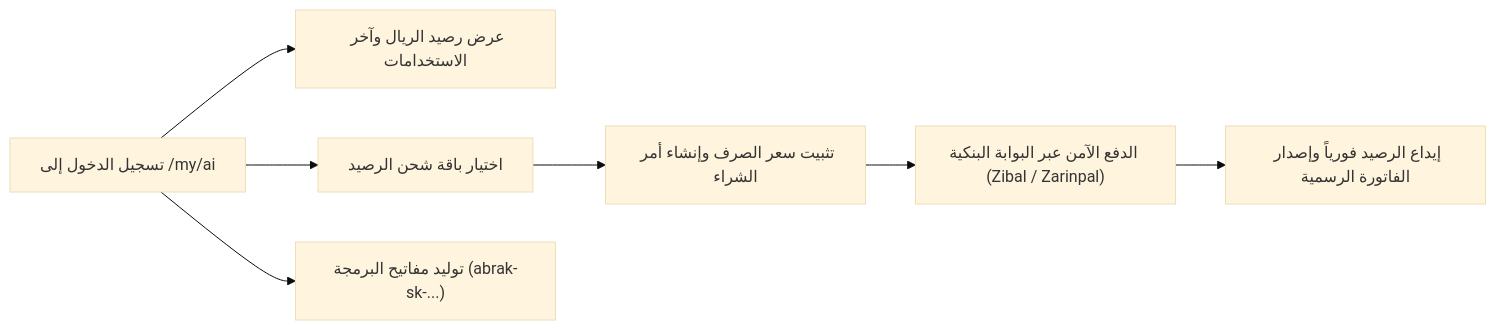
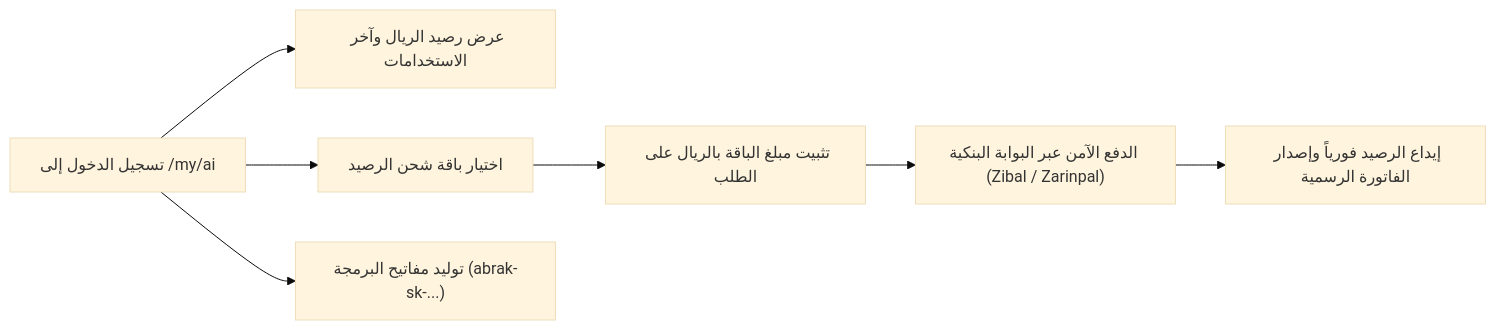
The diagram in ar/ai-wallet.md (abrakorg/abrak-docs), drawn with Mermaid (base theme) before and after one commit. The commit also changed other lines of this file and 8 other files, not shown here.

````diff
--- a/ar/ai-wallet.md
+++ b/ar/ai-wallet.md
@@ -30,9 +30,9 @@
 ```mermaid
 flowchart LR
     A["تسجيل الدخول إلى /my/ai"] --> B["عرض رصيد الريال وآخر الاستخدامات"]
     A --> C["اختيار باقة شحن الرصيد"]
-    C --> D["تثبيت سعر الصرف وإنشاء أمر الشراء"]
+    C --> D["تثبيت مبلغ الباقة بالريال على الطلب"]
     D --> E["الدفع الآمن عبر البوابة البنكية (Zibal / Zarinpal)"]
     E --> F["إيداع الرصيد فورياً وإصدار الفاتورة الرسمية"]
     A --> G["توليد مفاتيح البرمجة (abrak-sk-...)"]
 ```
````
